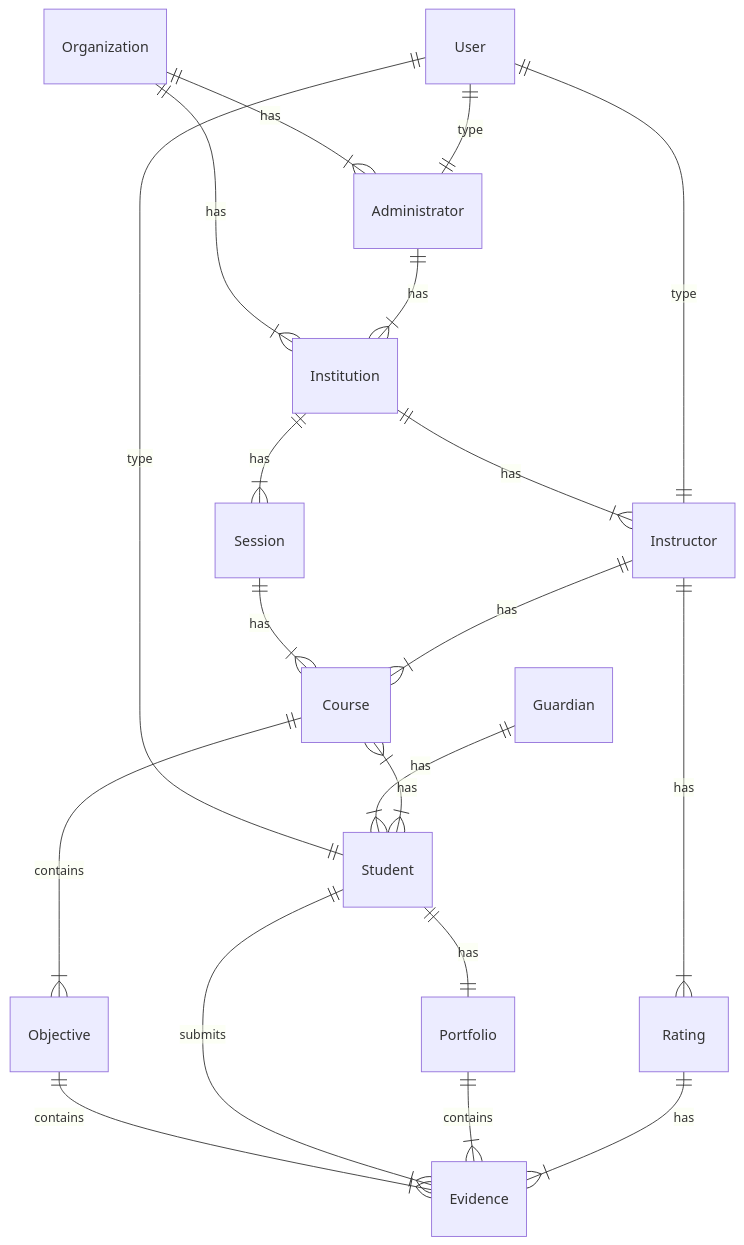
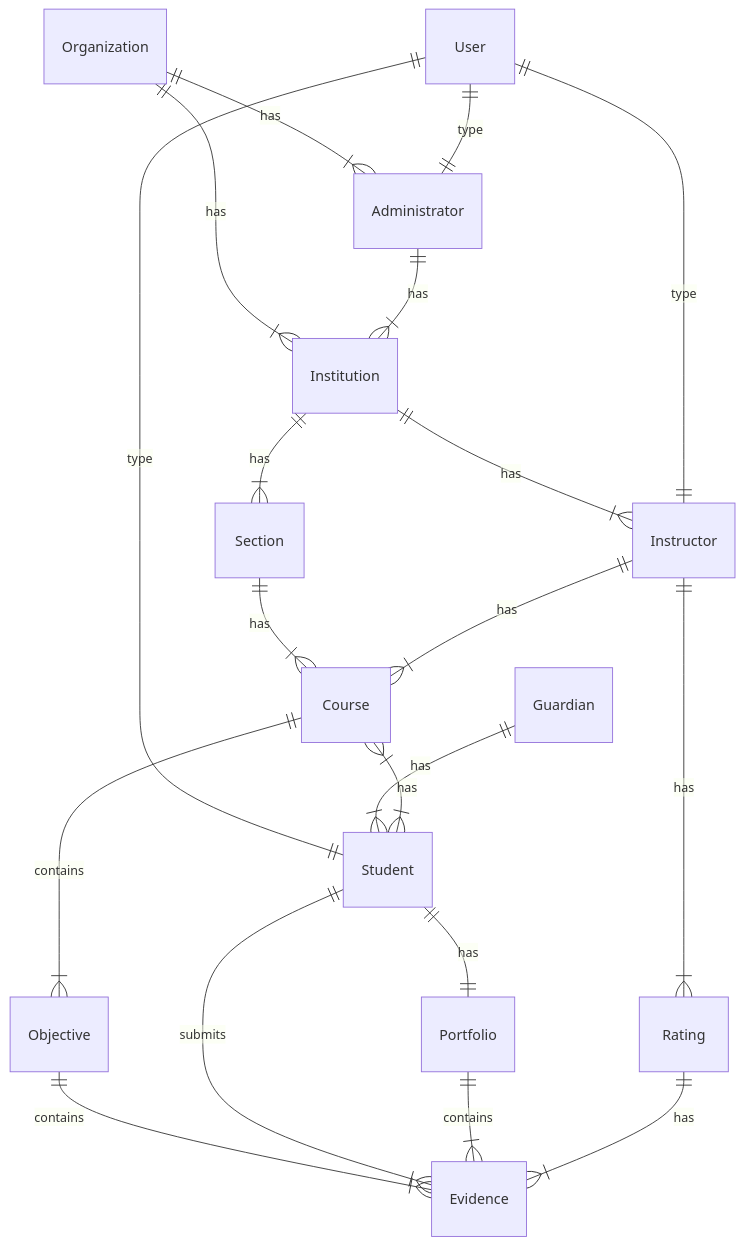
The second of 2 diagrams in docs/domain-model.md (gurunate/learning-portrait), drawn with Mermaid before and after one commit. The commit also changed other lines of this file and 2 other files, not shown here.

````diff
--- a/docs/domain-model.md
+++ b/docs/domain-model.md
@@ -45,22 +45,22 @@
 ```mermaid
 erDiagram
     Organization ||--|{ Institution: has
-    Institution ||--|{ Session: has
+    Institution ||--|{ Section: has
     Organization ||--|{ Administrator: has
     Administrator ||--|{ Institution: has
     Institution ||--|{ Instructor: has
-    Session ||--|{ Course: has
+    Section ||--|{ Course: has
     User ||--|| Instructor: type
     User ||--|| Student: type
     User ||--|| Administrator: type
     Instructor ||--|{ Course: has
     Guardian ||--|{ Student: has
     Course  }|--|{ Student: has
     Objective ||--|{ Evidence: contains
     Course ||--|{ Objective : contains
     Student ||--|| Portfolio: has
     Student ||--|{ Evidence: submits
     Portfolio ||--|{ Evidence : contains
     Instructor ||--|{ Rating: has
     Rating ||--|{ Evidence: has
 ```
````
